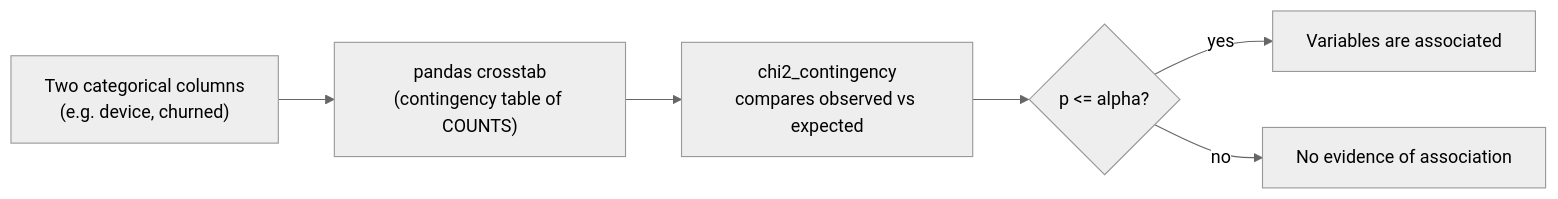
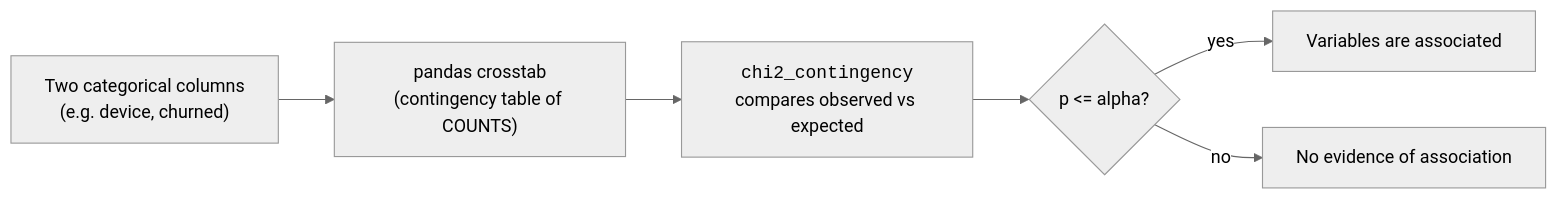
The third of 3 diagrams in content/learn/statistics-for-data-science-python/anova-and-chi-square.mdx (dataslope/dataslope), drawn with Mermaid (neutral theme) before and after one commit. The commit also changed 153 other files, not shown here.

First line of the commit message:
Render code-only mermaid shapes in monospace; convert step sequences to Steps

````diff
--- a/content/learn/statistics-for-data-science-python/anova-and-chi-square.mdx
+++ b/content/learn/statistics-for-data-science-python/anova-and-chi-square.mdx
@@ -208,8 +208,8 @@
 ```mermaid
 flowchart LR
   A["Two categorical columns<br/>(e.g. device, churned)"] --> B["pandas crosstab<br/>(contingency table of COUNTS)"]
-  B --> C["chi2_contingency<br/>compares observed vs expected"]
+  B --> C["<code>chi2_contingency</code><br/>compares observed vs expected"]
   C --> D{"p <= alpha?"}
   D -->|"yes"| E["Variables are associated"]
   D -->|"no"| F["No evidence of association"]
 ```
````
